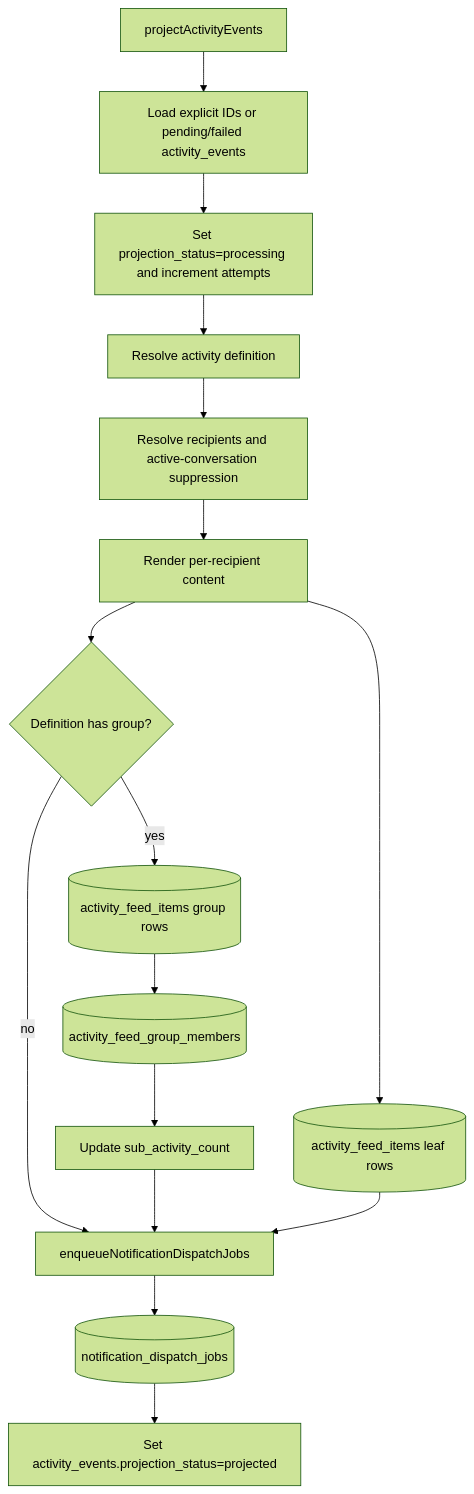
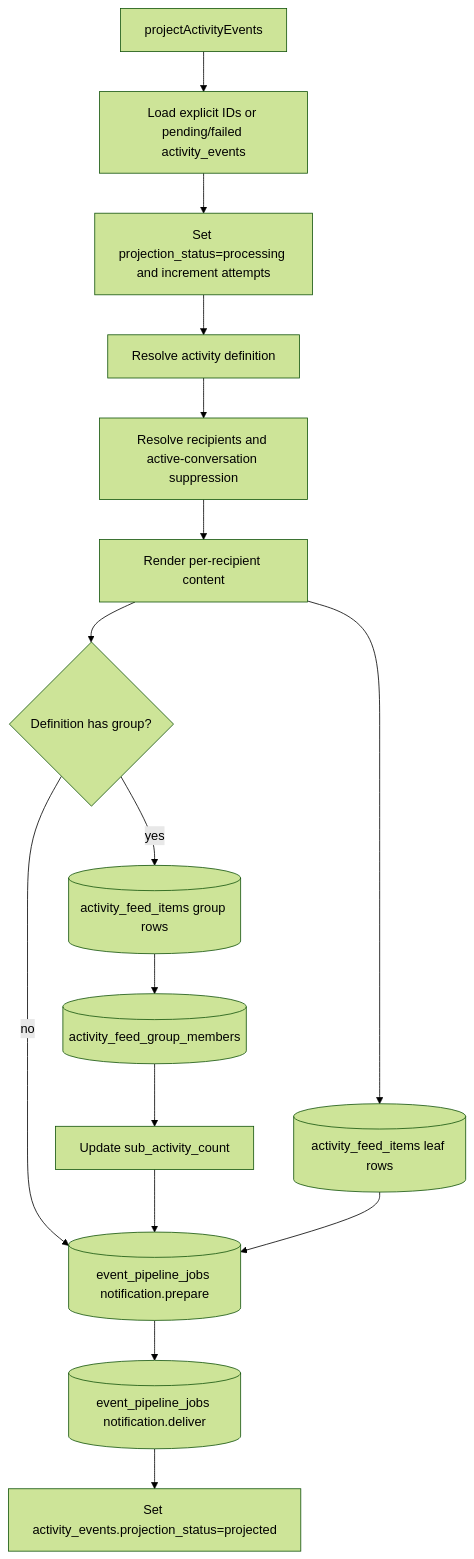
The third of 4 diagrams in docs/architecture/activity-feed.md (heidisoft/iconicedu-monorepo), drawn with Mermaid (forest theme) before and after one commit. The commit also changed other lines of this file and 58 other files, not shown here.

First line of the commit message:
Add unified event pipeline and job-based dispatch

````diff
--- a/docs/architecture/activity-feed.md
+++ b/docs/architecture/activity-feed.md
@@ -44,18 +43,18 @@
 ```mermaid
 flowchart TD
   Projector[projectActivityEvents] --> LoadEvents[Load explicit IDs or pending/failed activity_events]
   LoadEvents --> Processing[Set projection_status=processing and increment attempts]
   Processing --> Definition[Resolve activity definition]
   Definition --> Recipients[Resolve recipients and active-conversation suppression]
   Recipients --> Render[Render per-recipient content]
   Render --> Leaf[(activity_feed_items leaf rows)]
   Render --> Group{Definition has group?}
   Group -->|yes| GroupParent[(activity_feed_items group rows)]
   GroupParent --> GroupMember[(activity_feed_group_members)]
   GroupMember --> Count[Update sub_activity_count]
   Group -->|no| Notifications
-  Count --> Notifications[enqueueNotificationDispatchJobs]
+  Count --> Notifications[(event_pipeline_jobs notification.prepare)]
   Leaf --> Notifications
-  Notifications --> Jobs[(notification_dispatch_jobs)]
+  Notifications --> Jobs[(event_pipeline_jobs notification.deliver)]
   Jobs --> Projected[Set activity_events.projection_status=projected]
 ```
````
